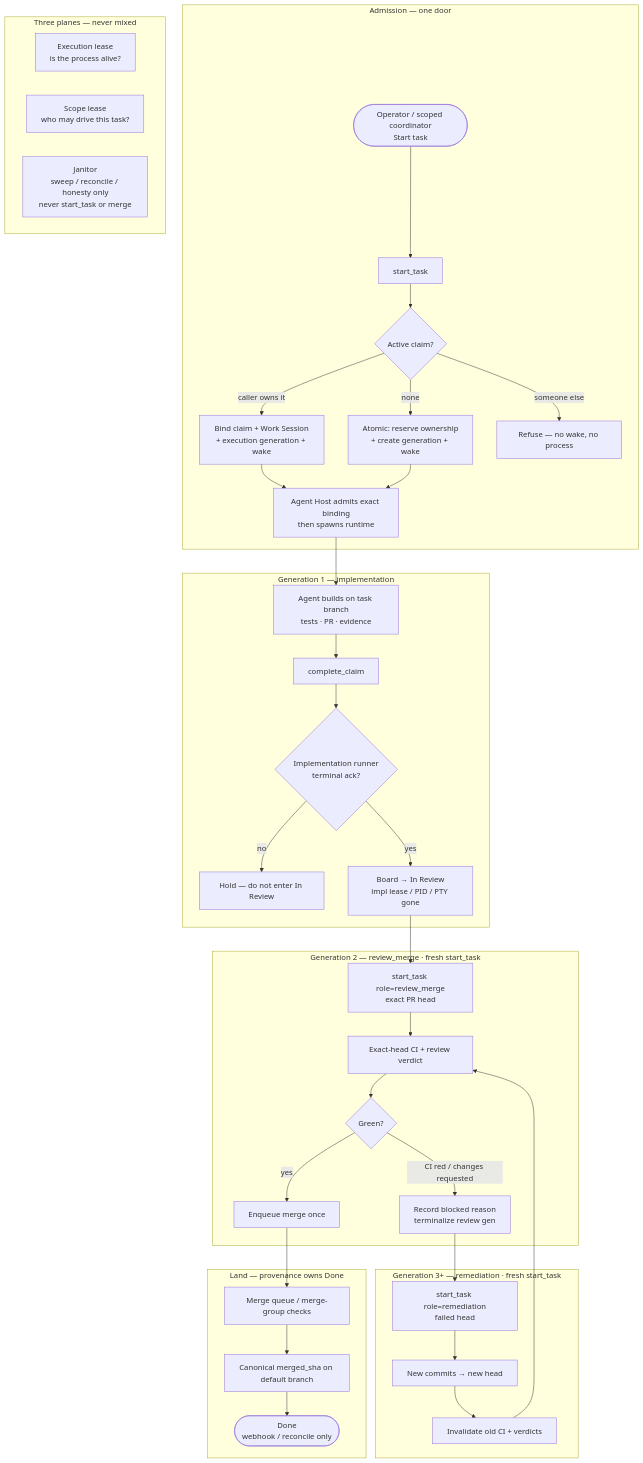
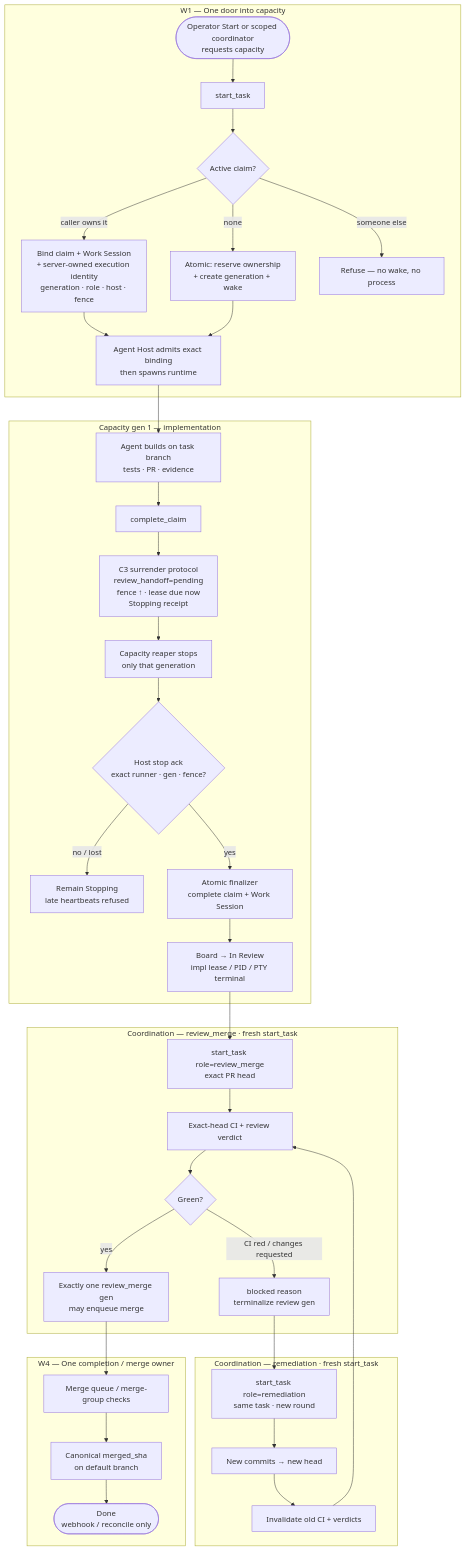
The first of 2 diagrams in docs/COMPLETION-LIFECYCLE-PIPELINE.md (6th-Element-Labs/projectplanner-ci), drawn with Mermaid before and after one commit. The commit also changed other lines of this file, not shown here.

First line of the commit message:
docs: align completion lifecycle explainer with ADR-0008

````diff
--- a/docs/COMPLETION-LIFECYCLE-PIPELINE.md
+++ b/docs/COMPLETION-LIFECYCLE-PIPELINE.md
@@ -26,48 +31,45 @@
 ```mermaid
 flowchart TB
-  subgraph ADMIT["Admission — one door"]
-    START(["Operator / scoped coordinator<br/>Start task"])
+  subgraph ADMIT["W1 — One door into capacity"]
+    START(["Operator Start or scoped coordinator<br/>requests capacity"])
     START --> ST["start_task"]
     ST --> CLAIM{"Active claim?"}
-    CLAIM -->|"caller owns it"| BIND["Bind claim + Work Session<br/>+ execution generation + wake"]
+    CLAIM -->|"caller owns it"| BIND["Bind claim + Work Session<br/>+ server-owned execution identity<br/>generation · role · host · fence"]
     CLAIM -->|"none"| ATOM["Atomic: reserve ownership<br/>+ create generation + wake"]
     CLAIM -->|"someone else"| REFUSE["Refuse — no wake, no process"]
     BIND --> HOST
     ATOM --> HOST["Agent Host admits exact binding<br/>then spawns runtime"]
   end
 
-  subgraph IMPL["Generation 1 — implementation"]
+  subgraph IMPL["Capacity gen 1 — implementation"]
     HOST --> CODE["Agent builds on task branch<br/>tests · PR · evidence"]
     CODE --> CC["complete_claim"]
-    CC --> TERM{"Implementation runner<br/>terminal ack?"}
-    TERM -->|no| WAIT["Hold — do not enter In Review"]
-    TERM -->|yes| IR["Board → In Review<br/>impl lease / PID / PTY gone"]
+    CC --> SUR["C3 surrender protocol<br/>review_handoff=pending<br/>fence ↑ · lease due now<br/>Stopping receipt"]
+    SUR --> REAP["Capacity reaper stops<br/>only that generation"]
+    REAP --> ACK{"Host stop ack<br/>exact runner · gen · fence?"}
+    ACK -->|no / lost| STOPPING["Remain Stopping<br/>late heartbeats refused"]
+    ACK -->|yes| FINAL["Atomic finalizer<br/>complete claim + Work Session"]
+    FINAL --> IR["Board → In Review<br/>impl lease / PID / PTY terminal"]
   end
 
-  subgraph REVIEW["Generation 2 — review_merge · fresh start_task"]
+  subgraph REVIEW["Coordination — review_merge · fresh start_task"]
     IR --> RM["start_task role=review_merge<br/>exact PR head"]
     RM --> GATES["Exact-head CI + review verdict"]
     GATES --> OK{"Green?"}
-    OK -->|yes| QUEUE["Enqueue merge once"]
-    OK -->|CI red / changes requested| BLOCK["Record blocked reason<br/>terminalize review gen"]
+    OK -->|yes| QUEUE["Exactly one review_merge gen<br/>may enqueue merge"]
+    OK -->|CI red / changes requested| BLOCK["blocked reason<br/>terminalize review gen"]
   end
 
-  subgraph FIX["Generation 3+ — remediation · fresh start_task"]
-    BLOCK --> REM["start_task role=remediation<br/>failed head"]
+  subgraph FIX["Coordination — remediation · fresh start_task"]
+    BLOCK --> REM["start_task role=remediation<br/>same task · new round"]
     REM --> NEWHEAD["New commits → new head"]
     NEWHEAD --> INVALID["Invalidate old CI + verdicts"]
     INVALID --> GATES
   end
 
-  subgraph LAND["Land — provenance owns Done"]
+  subgraph LAND["W4 — One completion / merge owner"]
     QUEUE --> MQ["Merge queue / merge-group checks"]
-    MQ --> MERGE["Canonical merged_sha on default branch"]
+    MQ --> MERGE["Canonical merged_sha<br/>on default branch"]
     MERGE --> DONE(["Done<br/>webhook / reconcile only"])
   end
-
-  subgraph PLANES["Three planes — never mixed"]
-    P1["Execution lease<br/>is the process alive?"]
-    P2["Scope lease<br/>who may drive this task?"]
-    P3["Janitor<br/>sweep / reconcile / honesty only<br/>never start_task or merge"]
-  end
 ```
````
